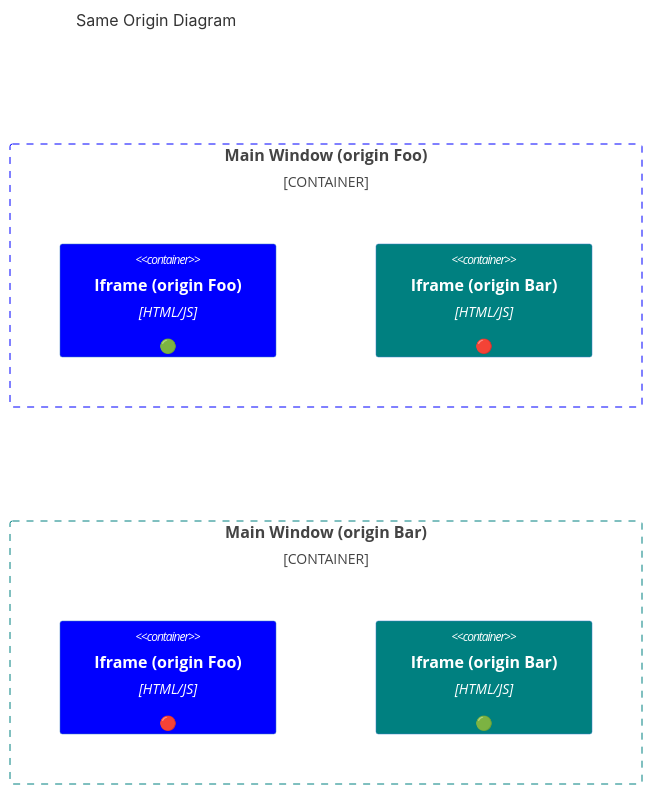
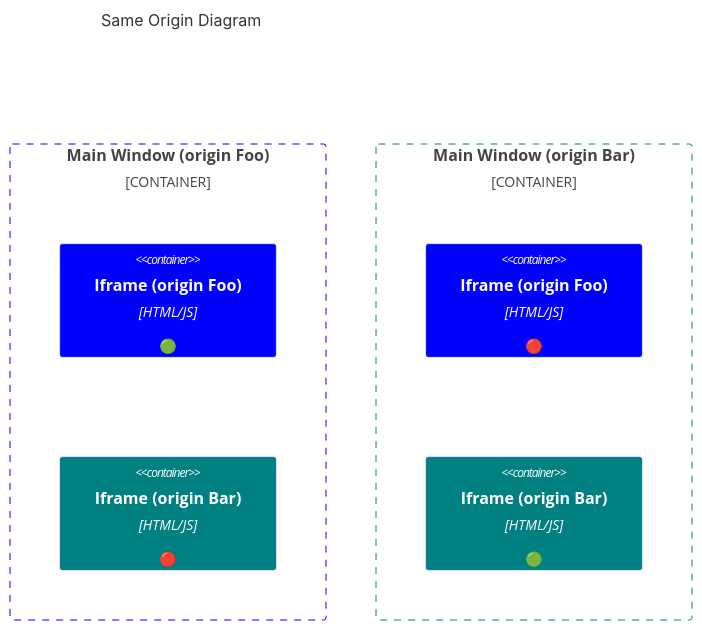
The second of 2 diagrams in index.md (w3c/threat-model-web), drawn with Mermaid before and after one commit. The commit also changed other lines of this file, not shown here.

````diff
--- a/index.md
+++ b/index.md
@@ -162,32 +151,29 @@
 ```mermaid
 
 C4Component
 
 title Same Origin Diagram
 
 Container_Boundary(mainWindowFoo, "Main Window (origin Foo)") {
   Container(iframeFooFoo, "Iframe (origin Foo)", "HTML/JS", "🟢")
   Container(iframeFooBar, "Iframe (origin Bar)", "HTML/JS", "🔴")
 }
 
 
 Container_Boundary(mainWindowBar, "Main Window (origin Bar)") {
   Container(iframeBarFoo, "Iframe (origin Foo)", "HTML/JS", "🔴")
   Container(iframeBarBar, "Iframe (origin Bar)", "HTML/JS", "🟢")
 }
 
 
-
-UpdateLayoutConfig($c4ShapeInRow="2", $c4BoundaryInRow="1")
-
 UpdateElementStyle(mainWindowFoo, $borderColor="blue", $textColor="blue", $fontColor="blue")
 UpdateElementStyle(iframeFooFoo, $bgColor="blue")
 UpdateElementStyle(iframeBarFoo, $bgColor="blue")
 
 UpdateElementStyle(mainWindowBar, $borderColor="teal", $textColor="teal", $fontColor="teal")
 UpdateElementStyle(iframeFooBar, $bgColor="teal")
 UpdateElementStyle(iframeBarBar, $bgColor="teal")
 
 
 
 ```
````
